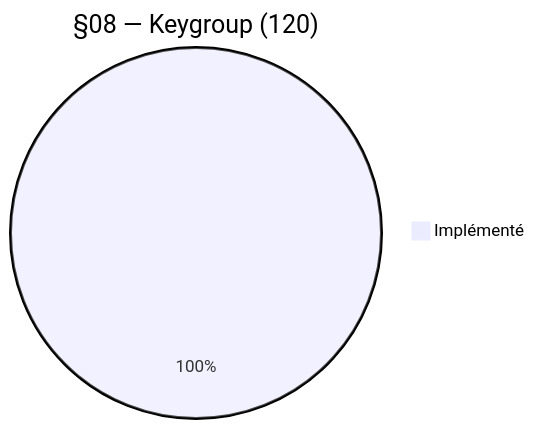
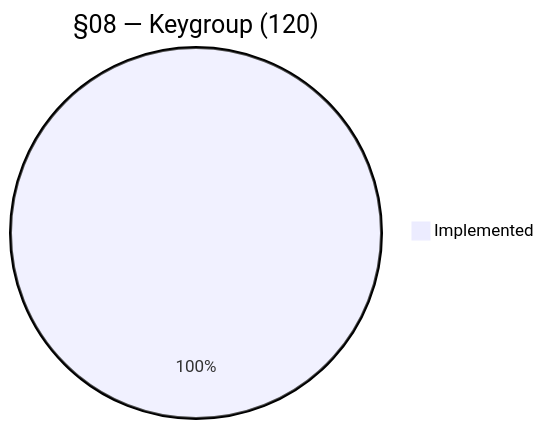
The fifth of 14 diagrams in process/3.plan/SUMMARY-akm-sections-coverage.md (xplorer2716/XS56K), drawn with Mermaid before and after one commit. The commit also changed other lines of this file, not shown here.

````diff
--- a/process/3.plan/SUMMARY-akm-sections-coverage.md
+++ b/process/3.plan/SUMMARY-akm-sections-coverage.md
@@ -44,4 +44,4 @@
 ```mermaid
 pie title §08 — Keygroup (120)
-    "Implémenté" : 120
+    "Implemented" : 120
 ```
````
